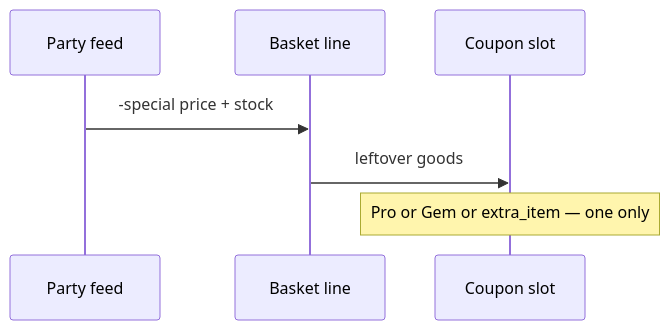
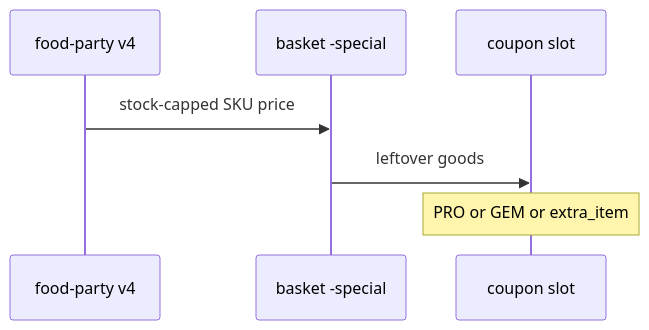
One commit to erfnzdeh/snapp-hack changed the eighth of 12 diagrams in README.md. Above: the diagram before and after it, drawn with Mermaid. The commit also changed other lines of this file, not shown here.

````diff
--- a/README.md
+++ b/README.md
@@ -304,9 +640,9 @@
 ```mermaid
 sequenceDiagram
-  participant Feed as Party feed
-  participant Line as Basket line
-  participant Cpn as Coupon slot
-  Feed->>Line: -special price + stock
+  participant Feed as food-party v4
+  participant Line as basket -special
+  participant Cpn as coupon slot
+  Feed->>Line: stock-capped SKU price
   Line->>Cpn: leftover goods
-  Note over Cpn: Pro or Gem or extra_item — one only
+  Note over Cpn: PRO or GEM or extra_item
 ```
````
